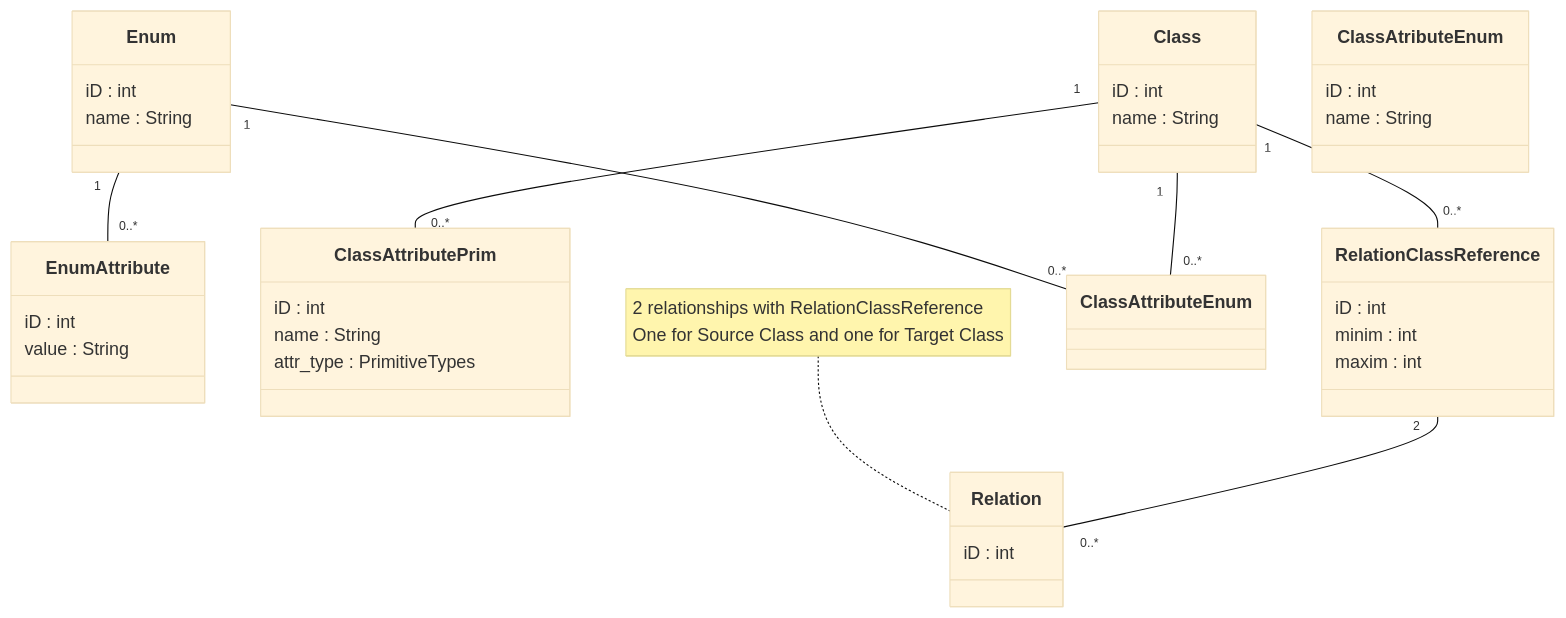
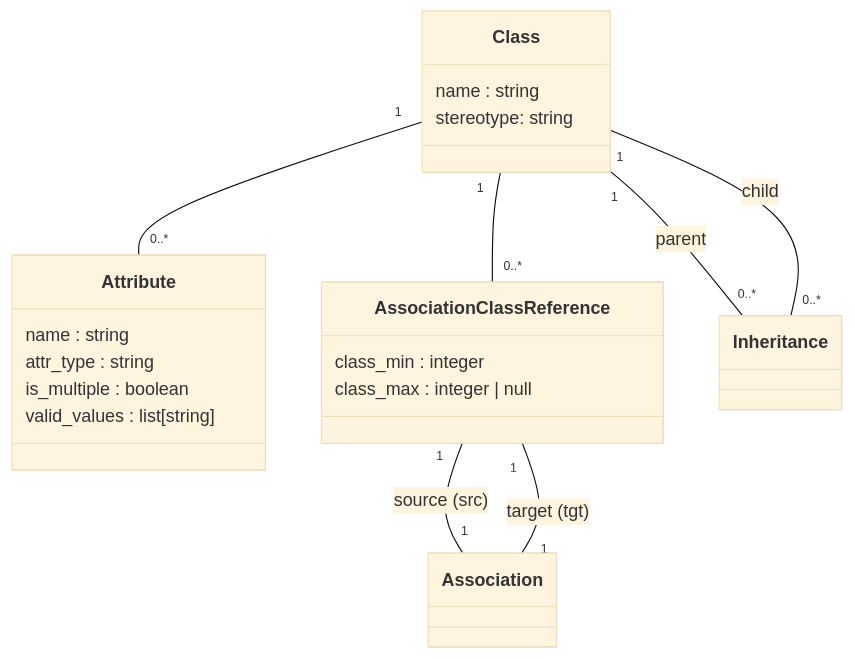
One commit to Nicolas-Botelho/REX changed the first of 2 diagrams in docs/models.md. Above: the diagram before and after it, drawn with Mermaid (base theme). The commit also changed other lines of this file and 23 other files, not shown here.

````diff
--- a/docs/models.md
+++ b/docs/models.md
@@ -4,48 +4,34 @@
 ```mermaid
 classDiagram
 
-class Enum {
-  iD : int
-  name : String
+class Class {
+  name : string
+  stereotype: string
 }
 
-class EnumAttribute {
-  iD : int
-  value : String
+class Attribute {
+  name : string
+  attr_type : string
+  is_multiple : boolean
+  valid_values : list[string]
 }
 
-class Class {
-  iD : int
-  name : String
+class Association
+
+class AssociationClassReference {
+  class_min : integer
+  class_max : integer | null
 }
 
-class ClassAttributePrim {
-  iD : int
-  name : String
-  attr_type : PrimitiveTypes
-}
+class Inheritance
 
-class ClassAtributeEnum {
-  iD : int
-  name : String
-}
+Class "1" -- "0..*" Attribute
 
-class RelationClassReference {
-  iD : int
-  minim : int
-  maxim : int
-}
+Class "1" -- "0..*" AssociationClassReference
 
-class Relation {
-  iD : int
-}
+AssociationClassReference "1" -- "1" Association : source (src)
+AssociationClassReference "1" -- "1" Association : target (tgt)
 
-Enum "1" -- "0..*" EnumAttribute
-Class "1" -- "0..*" ClassAttributePrim
-Enum "1" -- "0..*" ClassAttributeEnum
-Class "1" -- "0..*" ClassAttributeEnum
-Class "1" -- "0..*" RelationClassReference
-RelationClassReference "2" -- "0..*" Relation
-
-note for Relation "2 relationships with RelationClassReference</br>One for Source Class and one for Target Class"
+Class "1" -- "0..*" Inheritance : parent
+Inheritance "0..*" -- "1" Class : child
 ```
````
